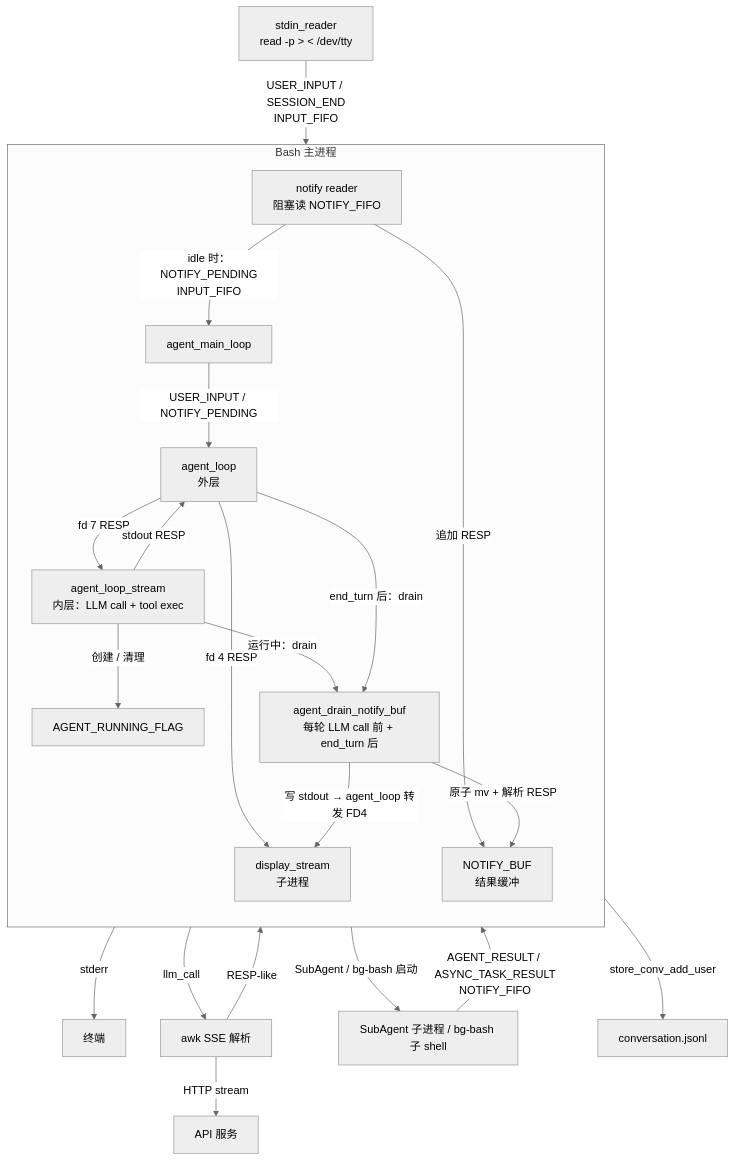
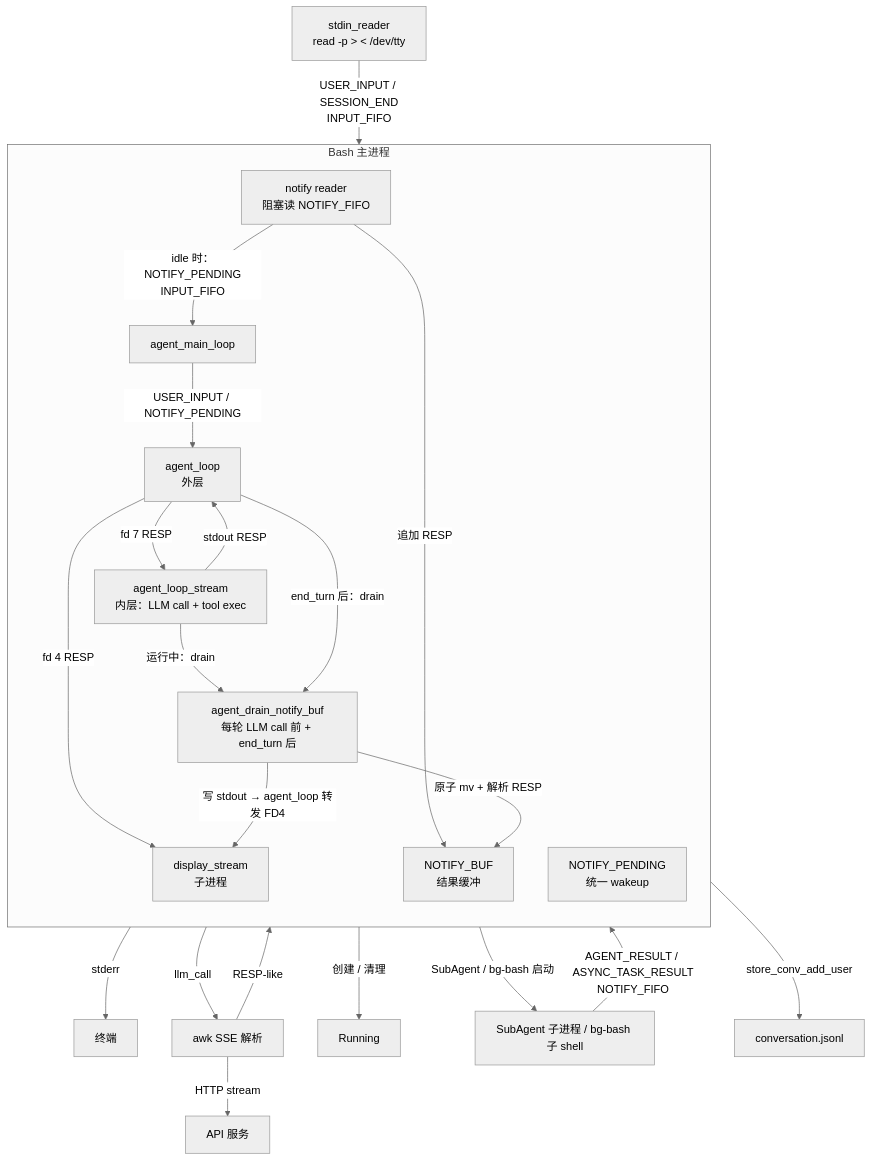
The second of 6 diagrams in docs/architecture.md (lloydzhou/bash-agent), drawn with Mermaid (neutral theme) before and after one commit. The commit also changed other lines of this file and 19 other files, not shown here.

Commit message:
feat: Ctrl+O inject input via notify pending channel (all 4 runtimes)

````diff
--- a/docs/architecture.md
+++ b/docs/architecture.md
@@ -117,36 +117,36 @@
 ```mermaid
 graph TB
     subgraph Bash["Bash 主进程"]
         direction TB
         Main["agent_main_loop"]
         Loop["agent_loop<br/>外层"]
         Stream["agent_loop_stream<br/>内层：LLM call + tool exec"]
         Display["display_stream<br/>子进程"]
         Drain["agent_drain_notify_buf<br/>每轮 LLM call 前 + end_turn 后"]
         NotifyReader["notify reader<br/>阻塞读 NOTIFY_FIFO"]
         NotifyBuf["NOTIFY_BUF<br/>结果缓冲"]
-        Running["AGENT_RUNNING_FLAG"]
+        Wakeup["NOTIFY_PENDING<br/>统一 wakeup"]
     end
 
     Stdin["stdin_reader<br/>read -p &gt; &lt; /dev/tty"] -->|"USER_INPUT / SESSION_END<br/>INPUT_FIFO"| Main
     Main -->|"USER_INPUT / NOTIFY_PENDING"| Loop
     Loop -->|"fd 7 RESP"| Stream
     Stream -->|"stdout RESP"| Loop
     Loop -->|"fd 4 RESP"| Display
     Display -->|"stderr"| Terminal["终端"]
 
     Stream -->|"llm_call"| Awk["awk SSE 解析"]
     Awk -->|"HTTP stream"| API["API 服务"]
     Awk -->|"RESP-like"| Stream
 
     Stream -->|"创建 / 清理"| Running
     Stream -->|"SubAgent / bg-bash 启动"| Worker["SubAgent 子进程 / bg-bash 子 shell"]
     Worker -->|"AGENT_RESULT / ASYNC_TASK_RESULT<br/>NOTIFY_FIFO"| NotifyReader
     NotifyReader -->|"追加 RESP"| NotifyBuf
     NotifyReader -->|"idle 时：NOTIFY_PENDING<br/>INPUT_FIFO"| Main
     Stream -->|"运行中：drain"| Drain
     Loop -->|"end_turn 后：drain"| Drain
     Drain -->|"原子 mv + 解析 RESP"| NotifyBuf
     Drain -->|"写 stdout → agent_loop 转发 FD4"| Display
     Drain -->|"store_conv_add_user"| Conv["conversation.jsonl"]
 ```
````
